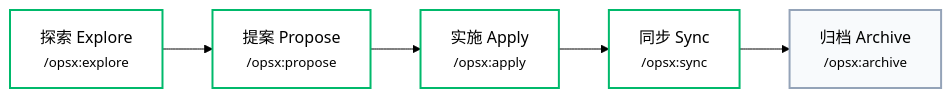
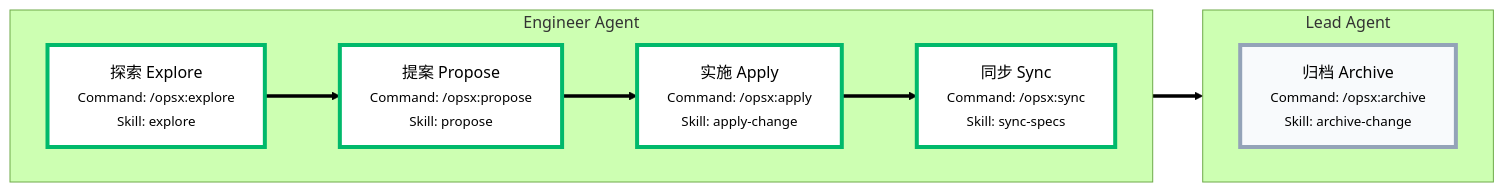
One commit to jkang/openspec-example changed the first of 3 diagrams in learning-sdd/TALK_PRD_TO_SPECS.md. Above: the diagram before and after it, drawn with Mermaid (forest theme). The commit also changed other lines of this file and 1 other file, not shown here.

````diff
--- a/learning-sdd/TALK_PRD_TO_SPECS.md
+++ b/learning-sdd/TALK_PRD_TO_SPECS.md
@@ -49,13 +49,22 @@
 ```mermaid
 graph LR
-    A[探索 Explore<br/><small>/opsx:explore</small>] --> B[提案 Propose<br/><small>/opsx:propose</small>]
-    B --> C[实施 Apply<br/><small>/opsx:apply</small>]
-    C --> D[同步 Sync<br/><small>/opsx:sync</small>]
-    D --> E[归档 Archive<br/><small>/opsx:archive</small>]
+    subgraph LeadAgent [Lead Agent]
+        direction LR
+        E[归档 Archive<br/><small>Command: /opsx:archive<br/>Skill: archive-change</small>]
+    end
 
-    style A fill:#fff,stroke:#00b96b,stroke-width:2px
-    style B fill:#fff,stroke:#00b96b,stroke-width:2px
-    style C fill:#fff,stroke:#00b96b,stroke-width:2px
-    style D fill:#fff,stroke:#00b96b,stroke-width:2px
-    style E fill:#f8fafc,stroke:#94a3b8,stroke-width:2px
+    subgraph EngineerAgent [Engineer Agent]
+        direction LR
+        A[探索 Explore<br/><small>Command: /opsx:explore<br/>Skill: explore</small>] ==> B[提案 Propose<br/><small>Command: /opsx:propose<br/>Skill: propose</small>]
+        B ==> C[实施 Apply<br/><small>Command: /opsx:apply<br/>Skill: apply-change</small>]
+        C ==> D[同步 Sync<br/><small>Command: /opsx:sync<br/>Skill: sync-specs</small>]
+    end
+
+    D ==> E
+
+    style A fill:#fff,stroke:#00b96b,stroke-width:4px
+    style B fill:#fff,stroke:#00b96b,stroke-width:4px
+    style C fill:#fff,stroke:#00b96b,stroke-width:4px
+    style D fill:#fff,stroke:#00b96b,stroke-width:4px
+    style E fill:#f8fafc,stroke:#94a3b8,stroke-width:4px
 ```
````
